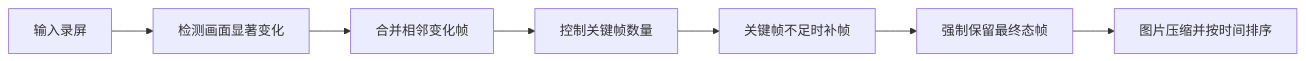
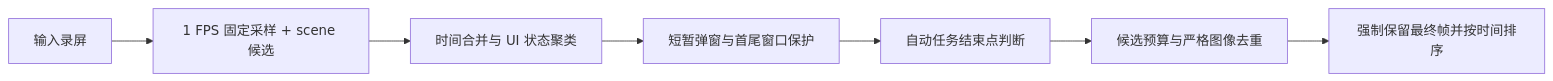
One commit to ShadowChris/auto_eval_agent changed the second of 3 diagrams in docs/操作类评测_设计思路.md. Above: the diagram before and after it, drawn with Mermaid. The commit also changed other lines of this file and 12 other files, not shown here.

````diff
--- a/docs/操作类评测_设计思路.md
+++ b/docs/操作类评测_设计思路.md
@@ -96,10 +96,10 @@
 ```mermaid
 flowchart LR
     A[输入录屏]
-    --> B[检测画面显著变化]
-    --> C[合并相邻变化帧]
-    --> D[控制关键帧数量]
-    --> E[关键帧不足时补帧]
-    --> F[强制保留最终态帧]
-    --> G[图片压缩并按时间排序]
+    --> B[1 FPS 固定采样 + scene 候选]
+    --> C[时间合并与 UI 状态聚类]
+    --> D[短暂弹窗与首尾窗口保护]
+    --> E[自动任务结束点判断]
+    --> F[候选预算与严格图像去重]
+    --> G[强制保留最终帧并按时间排序]
 ```
````
